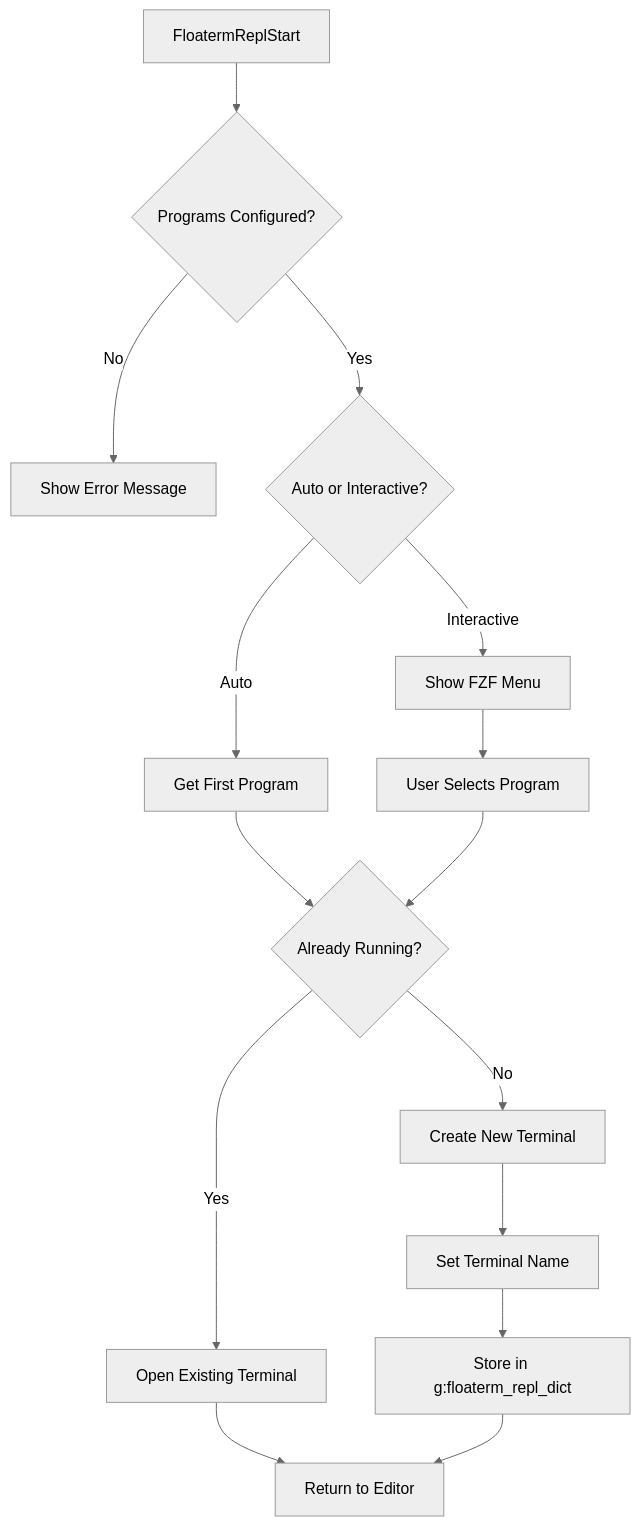
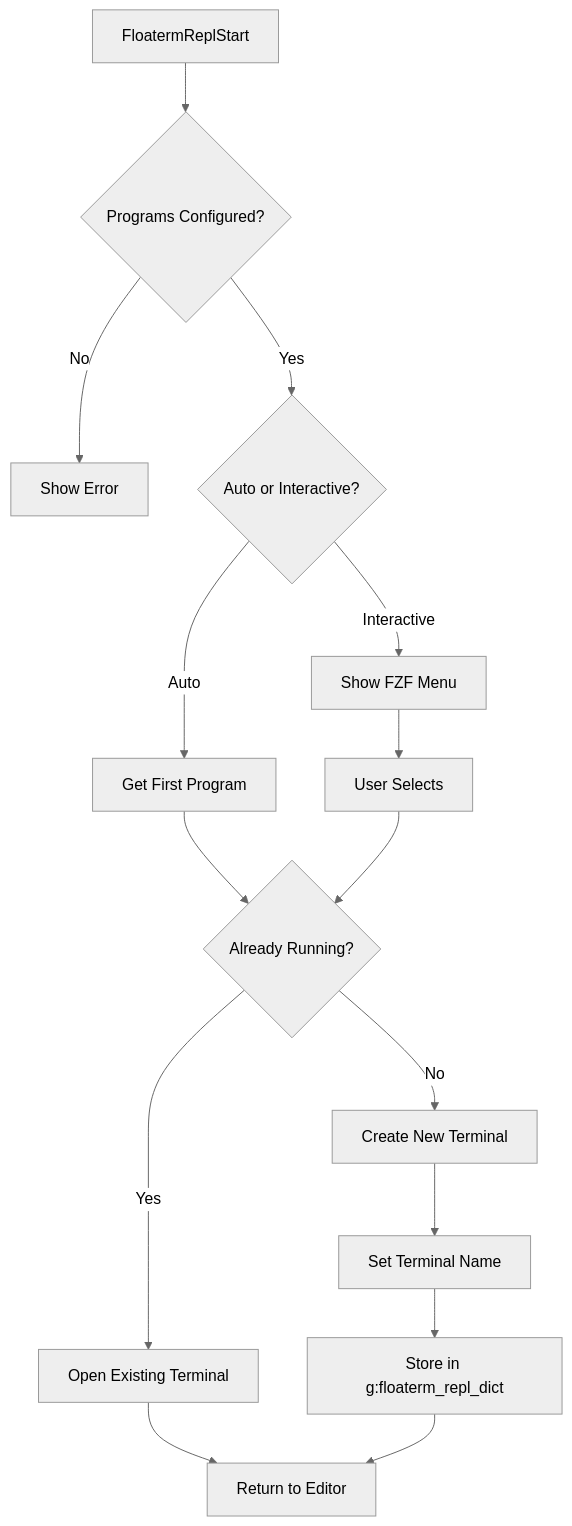
One commit to leoatchina/vim-floaterm-enhance changed the third of 5 diagrams in README.md. Above: the diagram before and after it, drawn with Mermaid (neutral theme). The commit also changed other lines of this file and 1 other file, not shown here.

````diff
--- a/README.md
+++ b/README.md
@@ -45,17 +128,17 @@
 ```mermaid
 graph TB
     Start[FloatermReplStart] --> Check{Programs Configured?}
-    Check -->|No| Error[Show Error Message]
+    Check -->|No| Error[Show Error]
     Check -->|Yes| SelectMode{Auto or Interactive?}
     SelectMode -->|Auto| GetFirst[Get First Program]
     SelectMode -->|Interactive| ShowMenu[Show FZF Menu]
     GetFirst --> CheckRunning{Already Running?}
-    ShowMenu --> UserSelect[User Selects Program]
+    ShowMenu --> UserSelect[User Selects]
     UserSelect --> CheckRunning
     CheckRunning -->|Yes| OpenExist[Open Existing Terminal]
     CheckRunning -->|No| CreateNew[Create New Terminal]
     CreateNew --> SetName[Set Terminal Name]
     SetName --> StoreMap[Store in g:floaterm_repl_dict]
     OpenExist --> Return[Return to Editor]
     StoreMap --> Return
 ```
````
